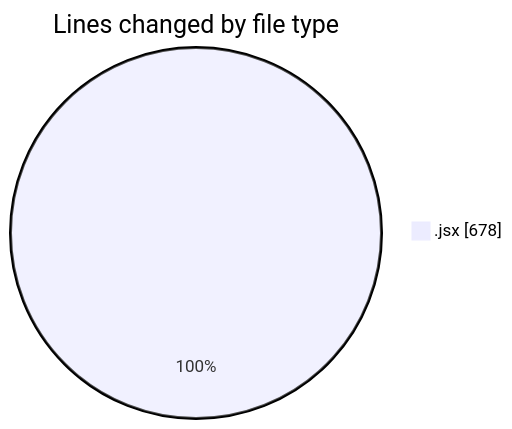
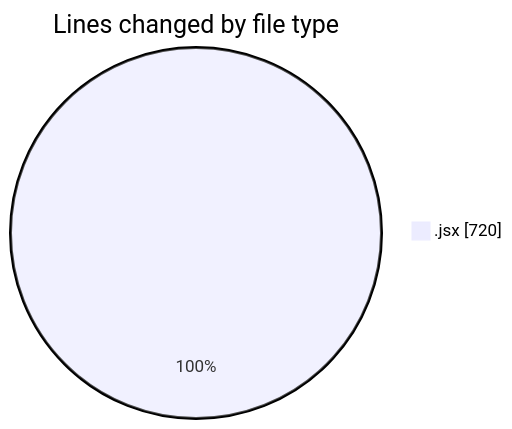
The first of 2 diagrams in 2025-05-09/argos-dev/README.md (nxtqubesakshisongat/code-tracking), drawn with Mermaid before and after one commit. The commit also changed other lines of this file and 1 other file, not shown here.

````diff
--- a/2025-05-09/argos-dev/README.md
+++ b/2025-05-09/argos-dev/README.md
@@ -21,5 +21,5 @@
 ```mermaid
 pie showData
 title Lines changed by file type
-".jsx" : 678
+".jsx" : 720
 ```
````
